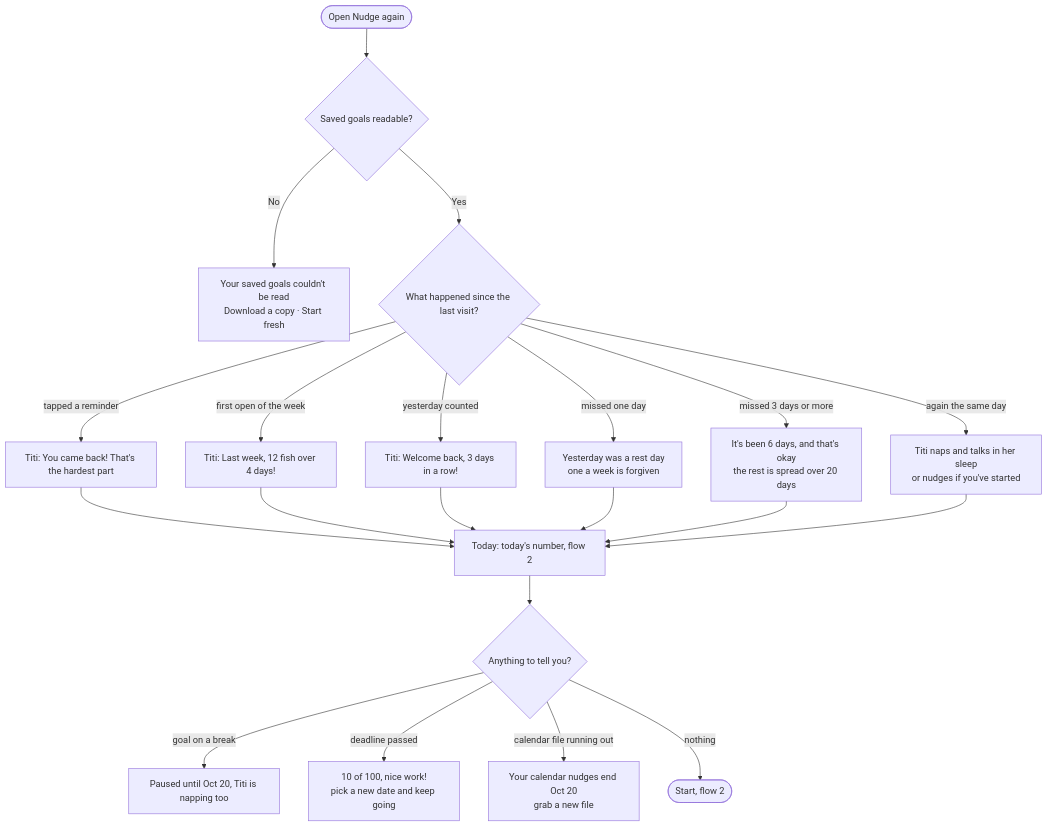
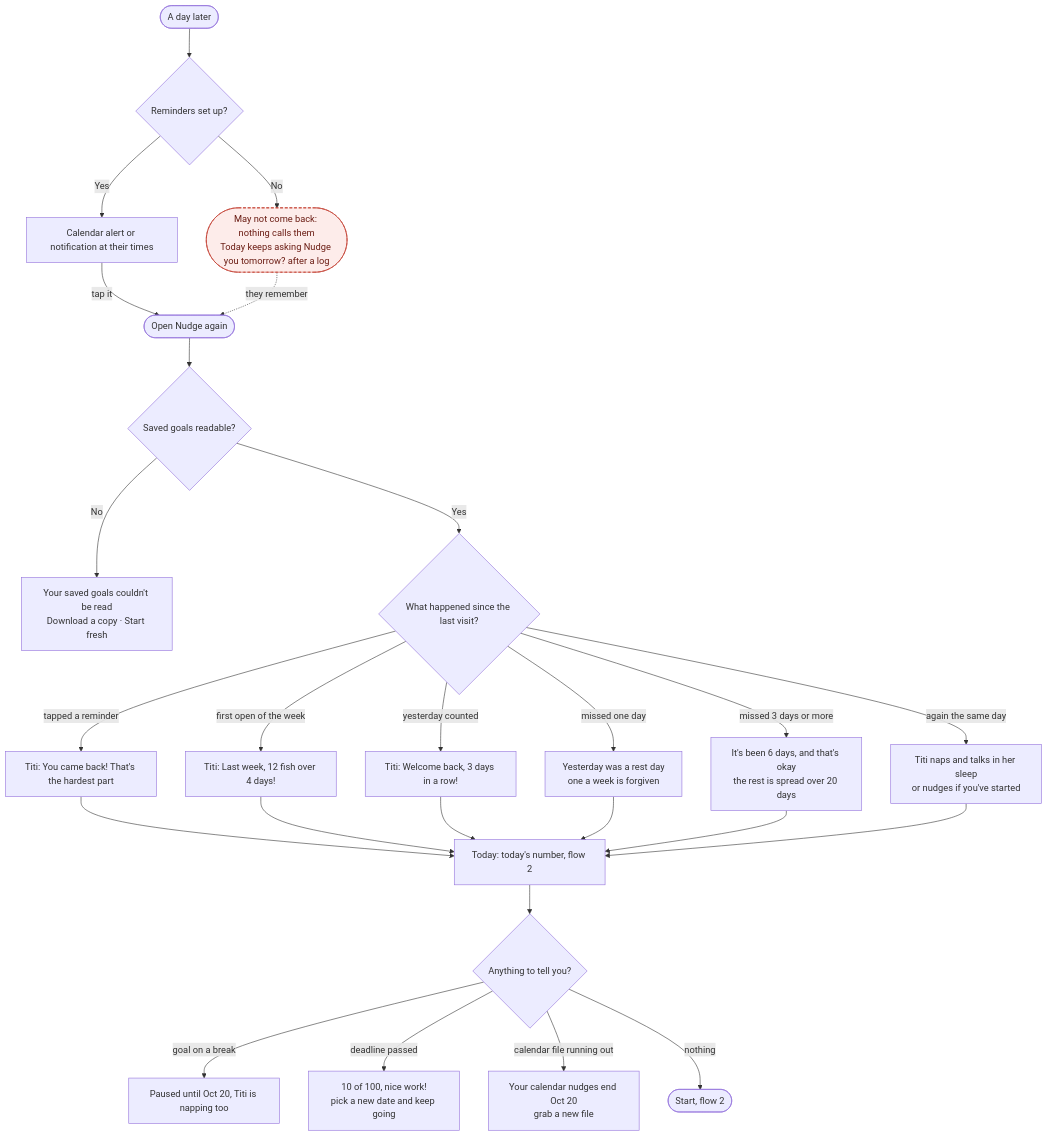
The fourth of 5 diagrams in flows.md (jessieyiqichen/dbs-a3), drawn with Mermaid before and after one commit. The commit also changed other lines of this file and 2 other files, not shown here.

Commit message:
docs: drop-off points in the flows; screen-reader and enough-time checks in README

````diff
--- a/flows.md
+++ b/flows.md
@@ -103,18 +116,23 @@
 ```mermaid
 flowchart TD
+    DAY([A day later]) --> RS{Reminders set up?}
+    RS -->|Yes| RING[Calendar alert or notification at their times] -->|tap it| C
+    RS -->|No| XC([May not come back: nothing calls them<br>Today keeps asking Nudge you tomorrow? after a log]) -.->|they remember| C
     C([Open Nudge again]) --> RD{Saved goals readable?}
     RD -->|No| CR[Your saved goals couldn't be read<br>Download a copy · Start fresh]
     RD -->|Yes| K{What happened since the last visit?}
     K -->|tapped a reminder| N1[Titi: You came back! That's the hardest part]
     K -->|first open of the week| N0[Titi: Last week, 12 fish over 4 days!]
     K -->|yesterday counted| N2[Titi: Welcome back, 3 days in a row!]
     K -->|missed one day| N3[Yesterday was a rest day<br>one a week is forgiven]
     K -->|missed 3 days or more| N4[It's been 6 days, and that's okay<br>the rest is spread over 20 days]
     K -->|again the same day| N5[Titi naps and talks in her sleep<br>or nudges if you've started]
     N1 & N0 & N2 & N3 & N4 & N5 --> T[Today: today's number, flow 2]
     T --> CK{Anything to tell you?}
     CK -->|goal on a break| BR[Paused until Oct 20, Titi is napping too]
     CK -->|deadline passed| DP[10 of 100, nice work!<br>pick a new date and keep going]
     CK -->|calendar file running out| CAL[Your calendar nudges end Oct 20<br>grab a new file]
     CK -->|nothing| S([Start, flow 2])
+    classDef drop fill:#fdecea,stroke:#c0392b,stroke-dasharray:5 3,color:#6b1d14
+    class XC drop
 ```
````
